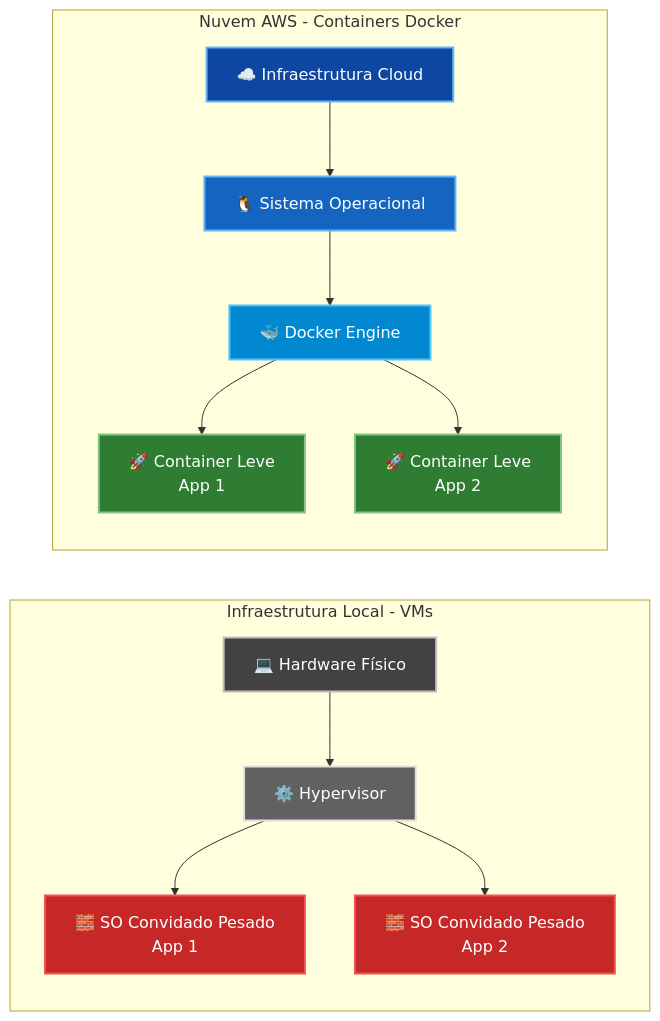
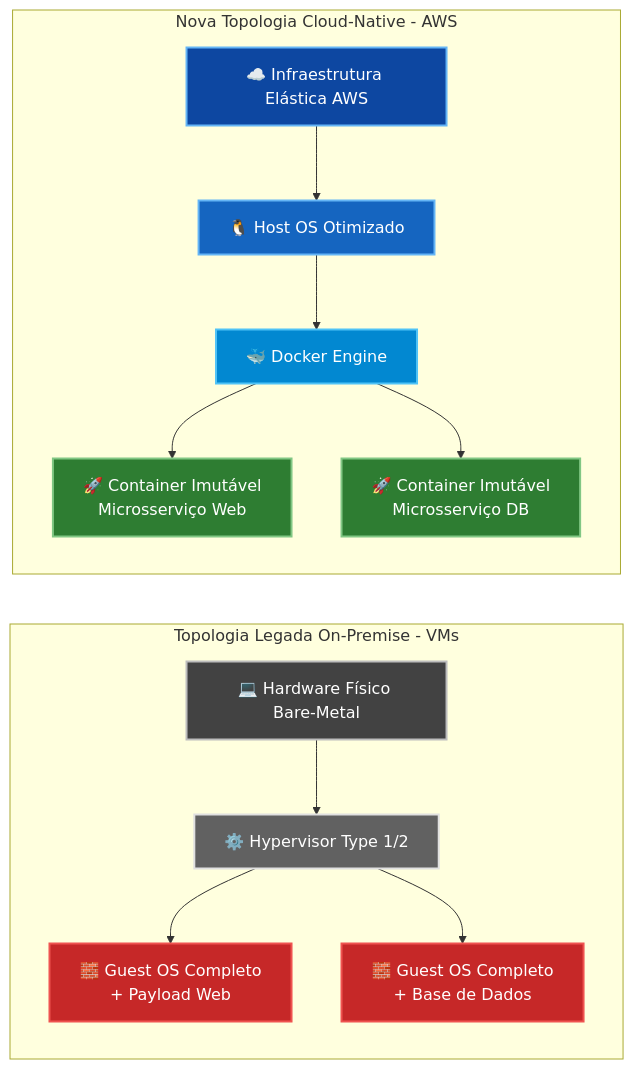
The first of 3 diagrams in ESTUDO DE CASO.md (Darw7nn/Aula-S.O), drawn with Mermaid before and after one commit. The commit also changed other lines of this file, not shown here.

Commit message:
Revise case study document for cloud modernization

````diff
--- a/ESTUDO DE CASO.md
+++ b/ESTUDO DE CASO.md
@@ -40,30 +30,27 @@
 ```mermaid
 graph LR
-    subgraph VMs [Infraestrutura Local - VMs]
-        A[💻 Hardware Físico] --> B[⚙️ Hypervisor]
-        B --> C[🧱 SO Convidado Pesado<br>App 1]
-        B --> D[🧱 SO Convidado Pesado<br>App 2]
+    subgraph VMs [Topologia Legada On-Premise - VMs]
+        A[💻 Hardware Físico Bare-Metal] --> B[⚙️ Hypervisor Type 1/2]
+        B --> C[🧱 Guest OS Completo<br>+ Payload Web]
+        B --> D[🧱 Guest OS Completo<br>+ Base de Dados]
     end
 
-    subgraph Docker [Nuvem AWS - Containers Docker]
-        E[☁️ Infraestrutura Cloud] --> F[🐧 Sistema Operacional]
+    subgraph Docker [Nova Topologia Cloud-Native - AWS]
+        E[☁️ Infraestrutura Elástica AWS] --> F[🐧 Host OS Otimizado]
         F --> G[🐳 Docker Engine]
-        G --> H[🚀 Container Leve<br>App 1]
-        G --> I[🚀 Container Leve<br>App 2]
+        G --> H[🚀 Container Imutável<br>Microsserviço Web]
+        G --> I[🚀 Container Imutável<br>Microsserviço DB]
     end
 
-    %% --- ESTILOS MODERNOS ---
-
-    %% Cores AWS e Docker (Tons de Azul e Verde)
+    %% --- ESTILOS ---
     style E fill:#0d47a1,stroke:#64b5f6,stroke-width:2px,color:#ffffff
     style F fill:#1565c0,stroke:#64b5f6,stroke-width:2px,color:#ffffff
     style G fill:#0288d1,stroke:#4fc3f7,stroke-width:2px,color:#ffffff
     style H fill:#2e7d32,stroke:#81c784,stroke-width:2px,color:#ffffff
     style I fill:#2e7d32,stroke:#81c784,stroke-width:2px,color:#ffffff
 
-    %% Cores Local e VMs (Tons de Cinza e Vermelho)
     style A fill:#424242,stroke:#bdbdbd,stroke-width:2px,color:#ffffff
     style B fill:#616161,stroke:#e0e0e0,stroke-width:2px,color:#ffffff
     style C fill:#c62828,stroke:#ef5350,stroke-width:2px,color:#ffffff
     style D fill:#c62828,stroke:#ef5350,stroke-width:2px,color:#ffffff
 ```
````
